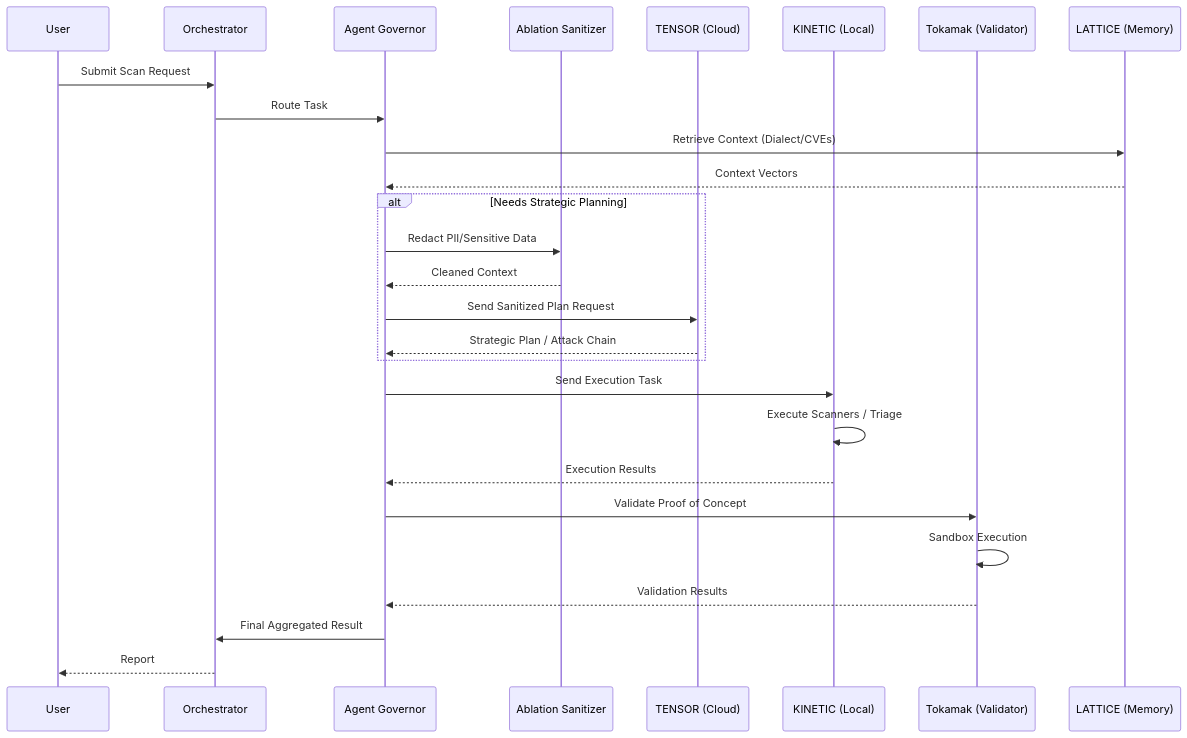
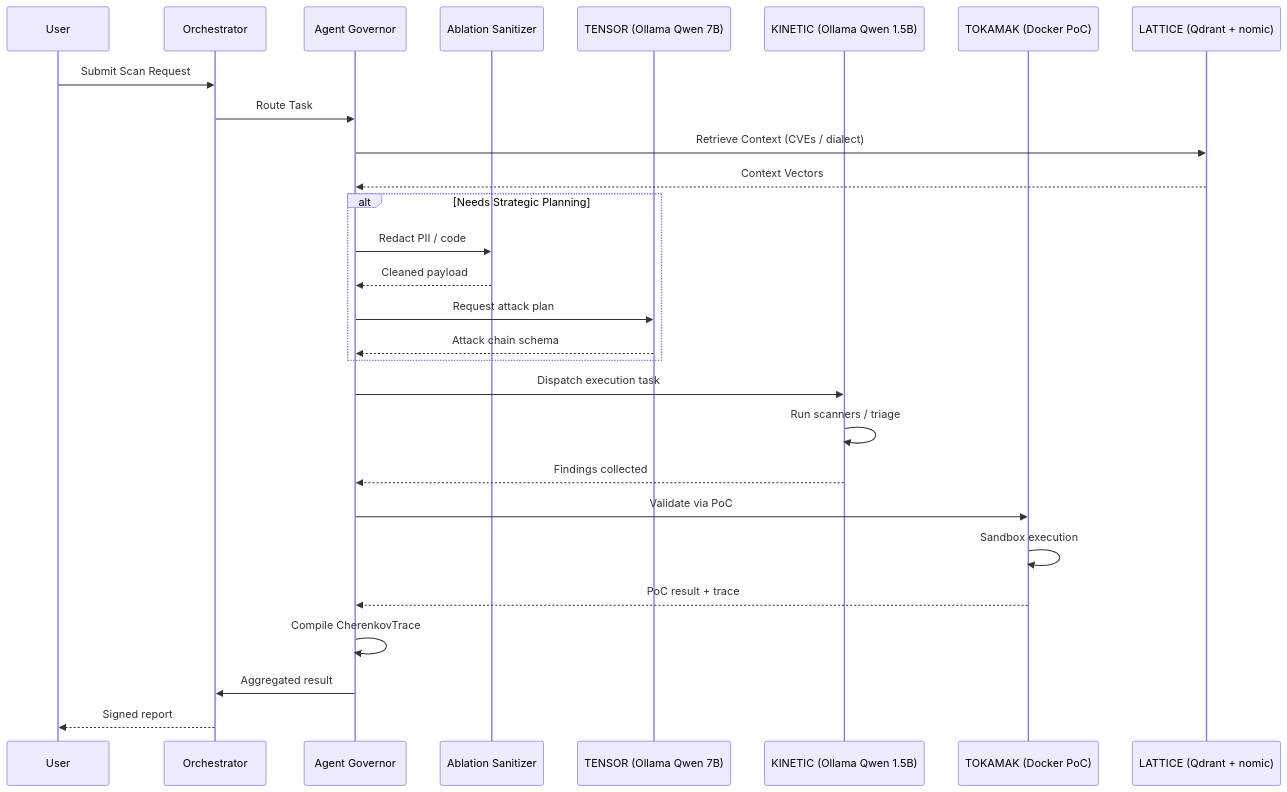
The diagram in docs/architecture/LLD_DIAGRAM.md (moaidmoatasem/mithaq-professional), drawn with Mermaid before and after one commit. The commit also changed 21 other files, not shown here.

````diff
--- a/docs/architecture/LLD_DIAGRAM.md
+++ b/docs/architecture/LLD_DIAGRAM.md
@@ -5,34 +5,35 @@
 ```mermaid
 sequenceDiagram
     participant User
     participant Orchestrator
     participant Governor as Agent Governor
     participant Sanitizer as Ablation Sanitizer
-    participant Tensor as TENSOR (Cloud)
-    participant Kinetic as KINETIC (Local)
-    participant Tokamak as Tokamak (Validator)
-    participant Lattice as LATTICE (Memory)
+    participant Tensor as TENSOR (Ollama Qwen 7B)
+    participant Kinetic as KINETIC (Ollama Qwen 1.5B)
+    participant Tokamak as TOKAMAK (Docker PoC)
+    participant Lattice as LATTICE (Qdrant + nomic)
 
     User->>Orchestrator: Submit Scan Request
     Orchestrator->>Governor: Route Task
-    Governor->>Lattice: Retrieve Context (Dialect/CVEs)
+    Governor->>Lattice: Retrieve Context (CVEs / dialect)
     Lattice-->>Governor: Context Vectors
 
     alt Needs Strategic Planning
-        Governor->>Sanitizer: Redact PII/Sensitive Data
-        Sanitizer-->>Governor: Cleaned Context
-        Governor->>Tensor: Send Sanitized Plan Request
-        Tensor-->>Governor: Strategic Plan / Attack Chain
+        Governor->>Sanitizer: Redact PII / code
+        Sanitizer-->>Governor: Cleaned payload
+        Governor->>Tensor: Request attack plan
+        Tensor-->>Governor: Attack chain schema
     end
 
-    Governor->>Kinetic: Send Execution Task
-    Kinetic->>Kinetic: Execute Scanners / Triage
-    Kinetic-->>Governor: Execution Results
+    Governor->>Kinetic: Dispatch execution task
+    Kinetic->>Kinetic: Run scanners / triage
+    Kinetic-->>Governor: Findings collected
 
-    Governor->>Tokamak: Validate Proof of Concept
-    Tokamak->>Tokamak: Sandbox Execution
-    Tokamak-->>Governor: Validation Results
+    Governor->>Tokamak: Validate via PoC
+    Tokamak->>Tokamak: Sandbox execution
+    Tokamak-->>Governor: PoC result + trace
 
-    Governor->>Orchestrator: Final Aggregated Result
-    Orchestrator-->>User: Report
+    Governor->>Governor: Compile CherenkovTrace
+    Governor->>Orchestrator: Aggregated result
+    Orchestrator-->>User: Signed report
 ```
````
